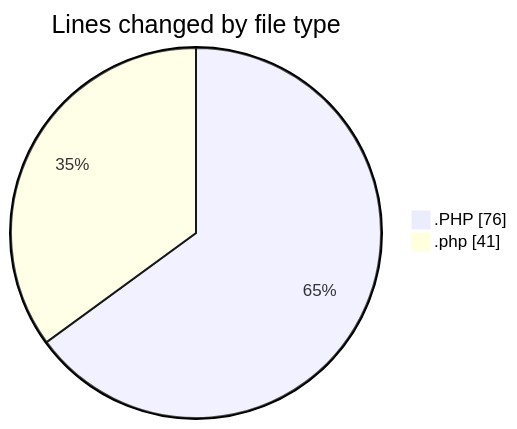
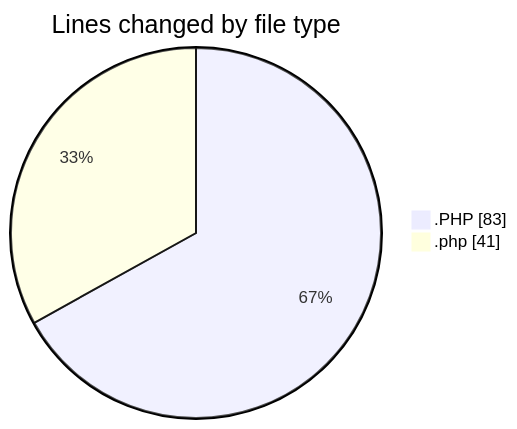
Before and after one commit to LanceThiago/code-tracking: the first of 2 diagrams in 2025-05-15/jogo/README.md, drawn with Mermaid. The commit also changed other lines of this file and 1 other file, not shown here.

````diff
--- a/2025-05-15/jogo/README.md
+++ b/2025-05-15/jogo/README.md
@@ -21,6 +21,6 @@
 ```mermaid
 pie showData
 title Lines changed by file type
-".PHP" : 76
+".PHP" : 83
 ".php" : 41
 ```
````
